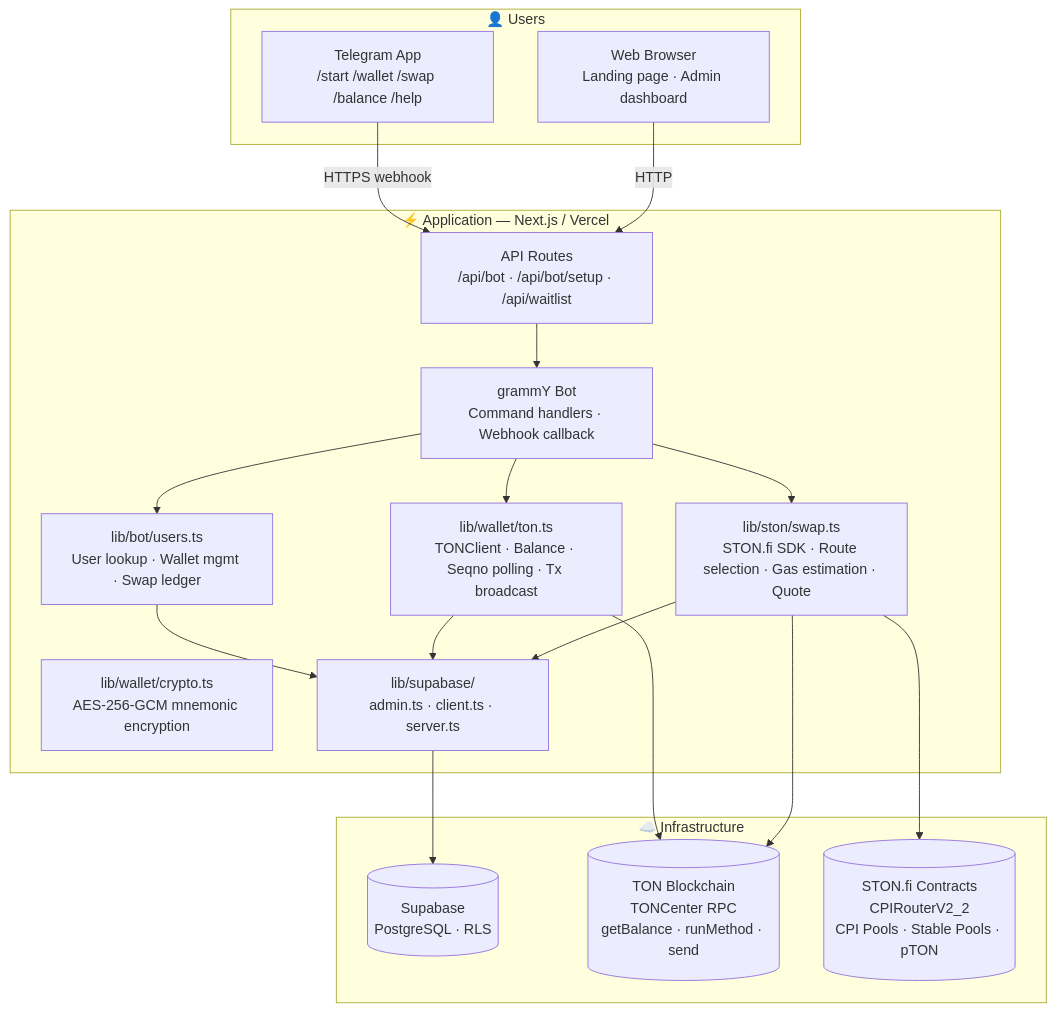
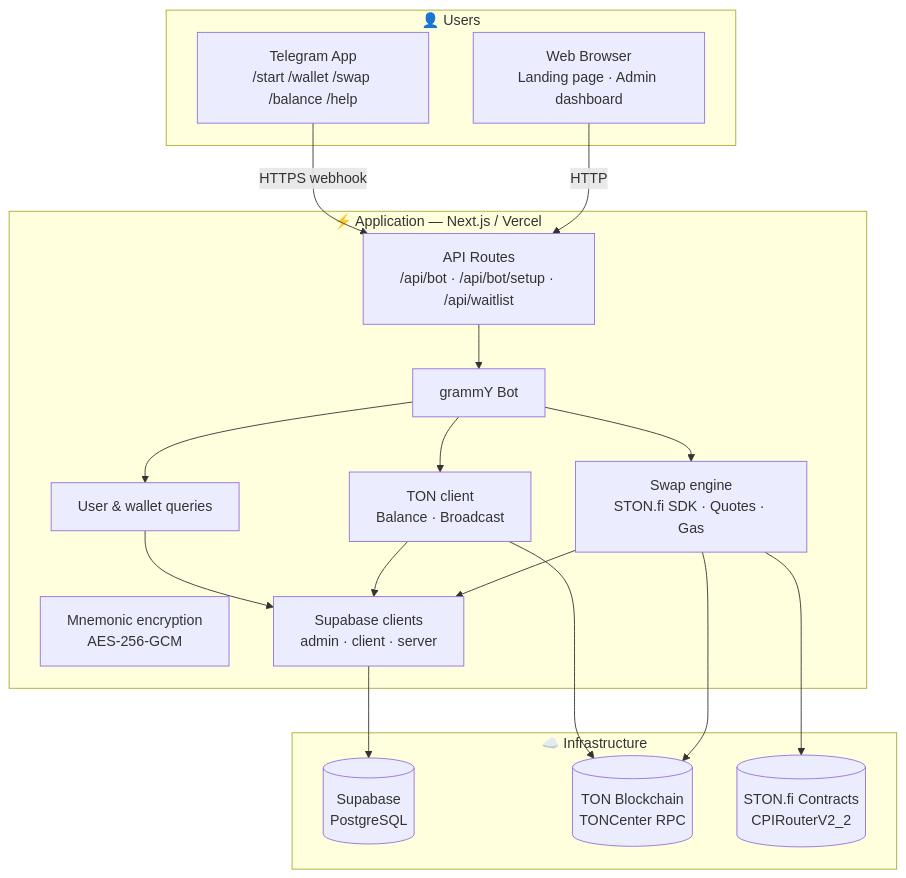
One commit to zynorr/tipswap changed the diagram in README.md. Above: the diagram before and after it, drawn with Mermaid. The commit also changed other lines of this file, not shown here.

Commit message:
Simplify README: one architecture diagram, clean prose

````diff
--- a/README.md
+++ b/README.md
@@ -13,37 +11,32 @@
 ```mermaid
 flowchart TB
     subgraph Users["👤 Users"]
         TG["Telegram App<br/>/start /wallet /swap /balance /help"]
         WB["Web Browser<br/>Landing page · Admin dashboard"]
     end
 
     subgraph App["⚡ Application — Next.js / Vercel"]
         API["API Routes<br/>/api/bot · /api/bot/setup · /api/waitlist"]
-        BOT["grammY Bot<br/>Command handlers · Webhook callback"]
-        USERS["lib/bot/users.ts<br/>User lookup · Wallet mgmt · Swap ledger"]
-        TON_WALLET["lib/wallet/ton.ts<br/>TONClient · Balance · Seqno polling · Tx broadcast"]
-        SWAP["lib/ston/swap.ts<br/>STON.fi SDK · Route selection · Gas estimation · Quote"]
-        CRYPTO["lib/wallet/crypto.ts<br/>AES-256-GCM mnemonic encryption"]
-        SUPALIB["lib/supabase/<br/>admin.ts · client.ts · server.ts"]
+        BOT["grammY Bot"]
+        USERS["User & wallet queries"]
+        TON_WALLET["TON client<br/>Balance · Broadcast"]
+        SWAP["Swap engine<br/>STON.fi SDK · Quotes · Gas"]
+        CRYPTO["Mnemonic encryption<br/>AES-256-GCM"]
+        SUPALIB["Supabase clients<br/>admin · client · server"]
     end
 
     subgraph Infra["☁️ Infrastructure"]
-        SUPABASE[("Supabase<br/>PostgreSQL · RLS")]
-        TON[("TON Blockchain<br/>TONCenter RPC<br/>getBalance · runMethod · send")]
-        STON[("STON.fi Contracts<br/>CPIRouterV2_2<br/>CPI Pools · Stable Pools · pTON")]
+        SUPABASE[("Supabase<br/>PostgreSQL")]
+        TON[("TON Blockchain<br/>TONCenter RPC")]
+        STON[("STON.fi Contracts<br/>CPIRouterV2_2")]
     end
 
     TG -- "HTTPS webhook" --> API
     WB -- "HTTP" --> API
     API --> BOT
-    BOT --> USERS
-    BOT --> TON_WALLET
-    BOT --> SWAP
-    USERS --> SUPALIB
-    TON_WALLET --> SUPALIB
-    SWAP --> SUPALIB
+    BOT --> USERS & TON_WALLET & SWAP
+    USERS & TON_WALLET & SWAP --> SUPALIB
     SUPALIB --> SUPABASE
     TON_WALLET --> TON
-    SWAP --> TON
-    SWAP --> STON
+    SWAP --> TON & STON
 ```
````
